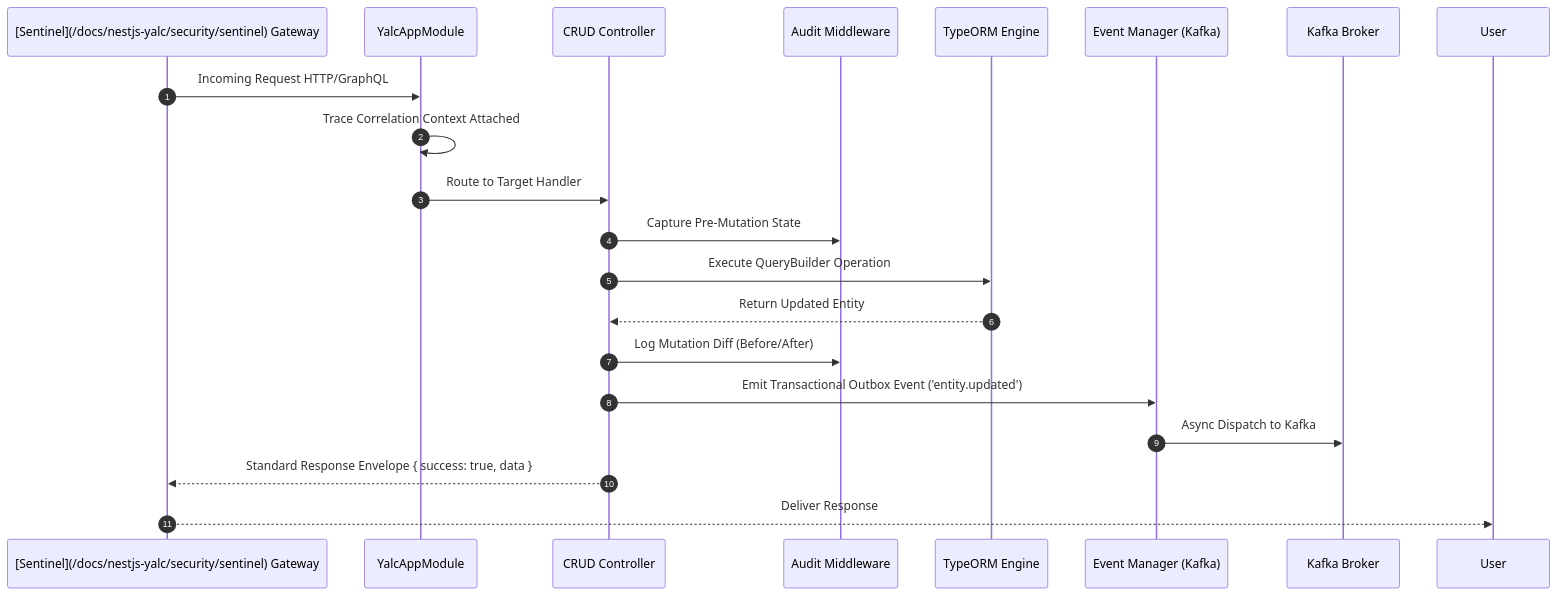
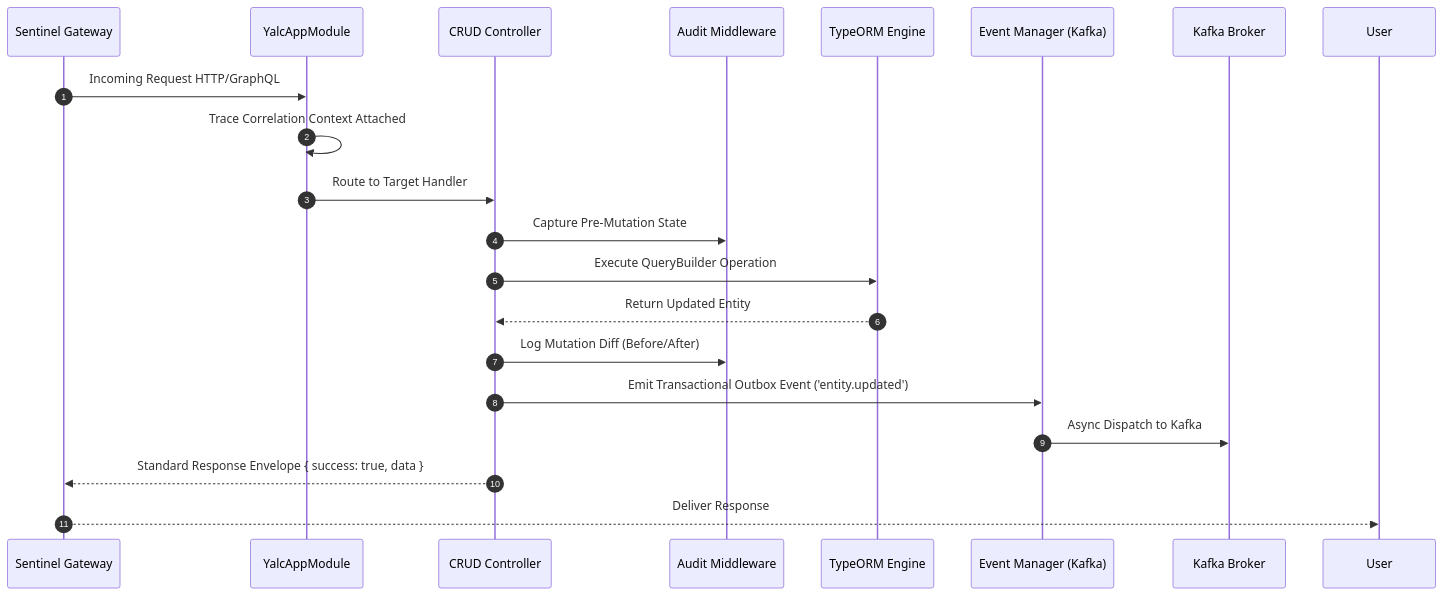
Before and after one commit to AI-Autistic-Intelligence/ferrox-docs: the diagram in docs/nestjs-yalc/overview/intro.md, drawn with Mermaid. The commit also changed other lines of this file and 770 other files, not shown here.

````diff
--- a/docs/nestjs-yalc/overview/intro.md
+++ b/docs/nestjs-yalc/overview/intro.md
@@ -72,22 +72,22 @@
 ```mermaid
 sequenceDiagram
     autonumber
-    participant Gateway as [Sentinel](/docs/nestjs-yalc/security/sentinel) Gateway
+    participant Gateway as Sentinel Gateway
     participant App as YalcAppModule
     participant Controller as CRUD Controller
     participant Audit as Audit Middleware
     participant DB as TypeORM Engine
     participant Event as Event Manager (Kafka)
 
     Gateway->>App: Incoming Request HTTP/GraphQL
     App->>App: Trace Correlation Context Attached
     App->>Controller: Route to Target Handler
     Controller->>Audit: Capture Pre-Mutation State
     Controller->>DB: Execute QueryBuilder Operation
     DB-->>Controller: Return Updated Entity
     Controller->>Audit: Log Mutation Diff (Before/After)
     Controller->>Event: Emit Transactional Outbox Event ('entity.updated')
     Event->>Kafka Broker: Async Dispatch to Kafka
     Controller-->>Gateway: Standard Response Envelope { success: true, data }
     Gateway-->>User: Deliver Response
 ```
````
